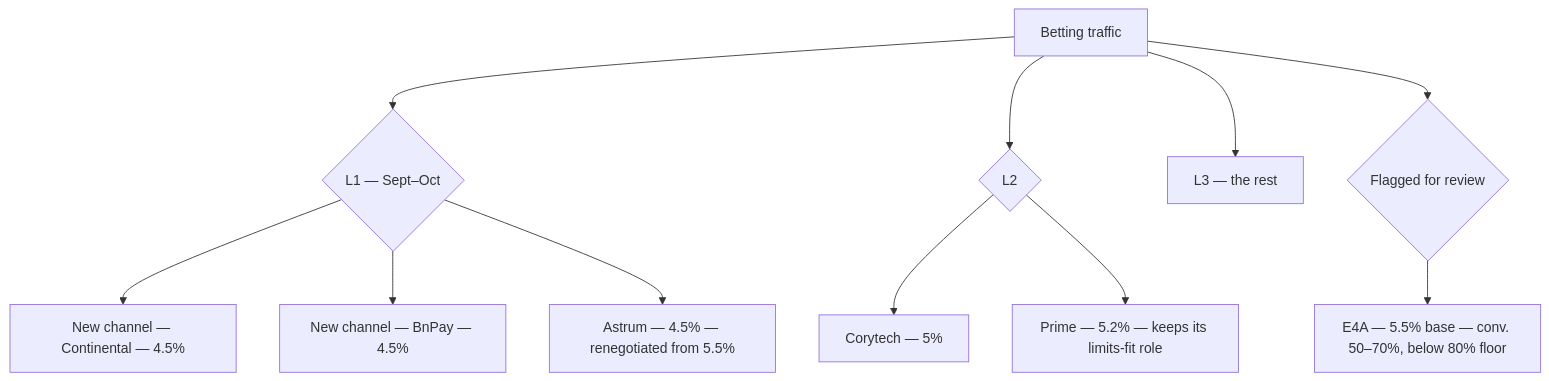
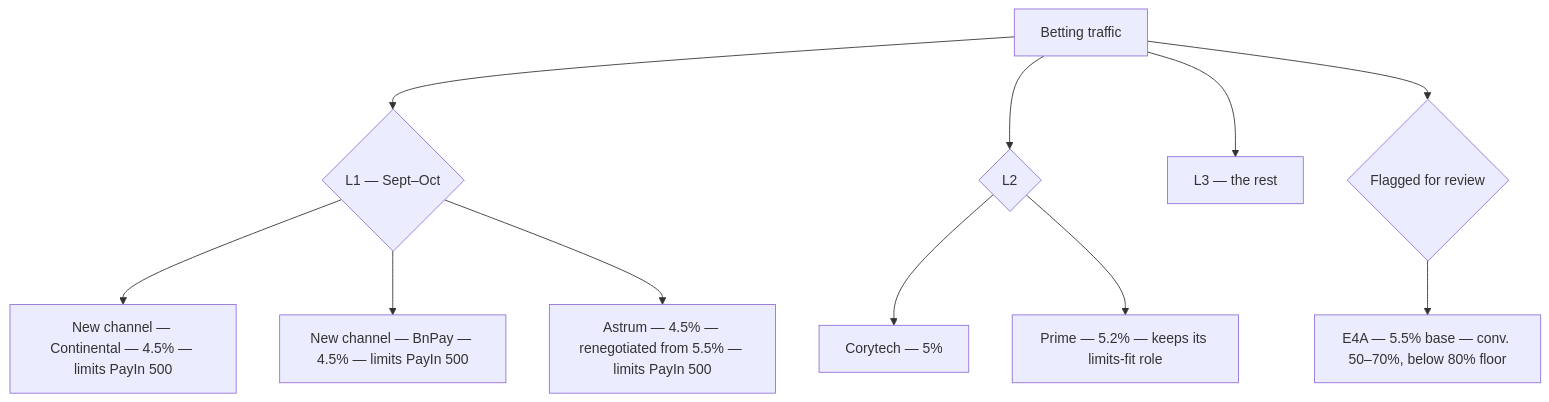
The second of 9 diagrams in docs/payment_cascades.md (JoJ-se/incas-geo-expansion-pack), drawn with Mermaid before and after one commit. The commit also changed other lines of this file and 6 other files, not shown here.

First line of the commit message:
Turkey Sept-Oct cascade reorder + limits, second China payout channel, blended-fee clarification, roadmap expansion

````diff
--- a/docs/payment_cascades.md
+++ b/docs/payment_cascades.md
@@ -37,13 +37,13 @@
 ```mermaid
 flowchart TD
     A[Betting traffic] --> L1{"L1 — Sept–Oct"}
-    L1 --> Continental["New channel — Continental — 4.5%"]
-    L1 --> BnPay["New channel — BnPay — 4.5%"]
-    L1 --> Astrum["Astrum — 4.5% — renegotiated from 5.5%"]
+    L1 --> Continental["New channel — Continental — 4.5% — limits PayIn 500"]
+    L1 --> BnPay["New channel — BnPay — 4.5% — limits PayIn 500"]
+    L1 --> Astrum["Astrum — 4.5% — renegotiated from 5.5% — limits PayIn 500"]
     A --> L2{"L2"}
     L2 --> Corytech["Corytech — 5%"]
     L2 --> Prime["Prime — 5.2% — keeps its limits-fit role"]
     A --> L3["L3 — the rest"]
     A --> Review{"Flagged for review"}
     Review --> E4A["E4A — 5.5% base — conv. 50–70%, below 80% floor"]
 ```
````
